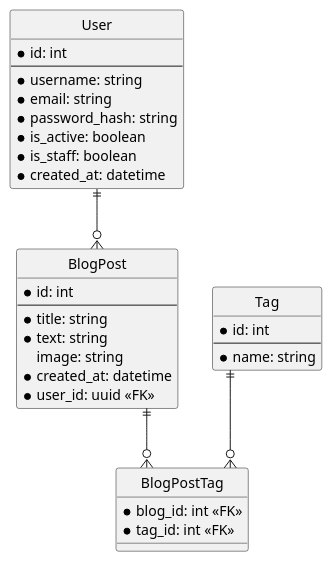
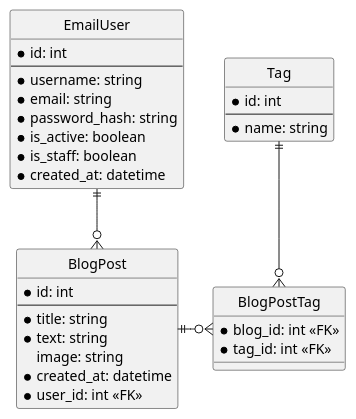
The diagram in docs/er-diagram.puml (Tomas00217/TriFrameBlog), drawn with PlantUML before and after one commit. The commit also changed 3 other files, not shown here.

Commit message:
fix: erd, wireframes

```diff
--- a/docs/er-diagram.puml
+++ b/docs/er-diagram.puml
@@ -1,42 +1,42 @@
 @startuml erd
 
 hide circle
 skinparam Linetype ortho
 
-entity User {
+entity EmailUser {
     * id: int
     --
     * username: string
     * email: string
     * password_hash: string
     * is_active: boolean
     * is_staff: boolean
     * created_at: datetime
 }
 
 entity BlogPost {
     * id: int
     --
     * title: string
     * text: string
     image: string
     * created_at: datetime
-    * user_id: uuid <<FK>>
+    * user_id: int <<FK>>
 }
 
 entity Tag {
     * id: int
     --
     * name: string
 }
 
 entity BlogPostTag {
     * blog_id: int <<FK>>
     * tag_id: int <<FK>>
 }
 
-User ||--o{ BlogPost
-BlogPost ||--o{ BlogPostTag
+EmailUser ||--o{ BlogPost
+BlogPost ||--right--o{ BlogPostTag
 Tag ||--o{ BlogPostTag
 
 @enduml
```
